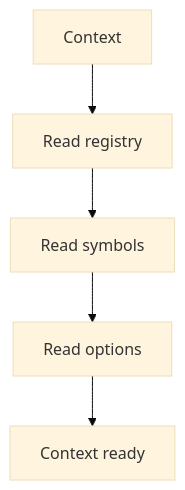
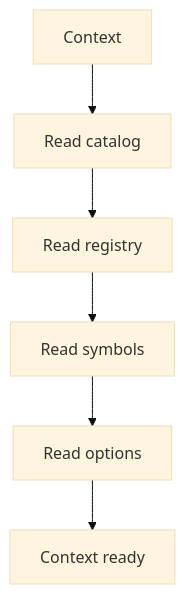
One commit to JohnAndrewBalbarosa/NeoTerritory changed the diagram in docs/Codebase/Microservice/Modules/Source/Analysis/Patterns/Middleman/Context/README.md. Above: the diagram before and after it, drawn with Mermaid (base theme). The commit also changed other lines of this file and 182 other files, not shown here.

````diff
--- a/docs/Codebase/Microservice/Modules/Source/Analysis/Patterns/Middleman/Context/README.md
+++ b/docs/Codebase/Microservice/Modules/Source/Analysis/Patterns/Middleman/Context/README.md
@@ -12,12 +12,14 @@
 ```mermaid
 flowchart TD
     Start["Context"]
-    N0["Read registry"]
-    N1["Read symbols"]
-    N2["Read options"]
+    N0["Read catalog"]
+    N1["Read registry"]
+    N2["Read symbols"]
+    N3["Read options"]
     End["Context ready"]
     Start --> N0
     N0 --> N1
     N1 --> N2
-    N2 --> End
+    N2 --> N3
+    N3 --> End
 ```
````
